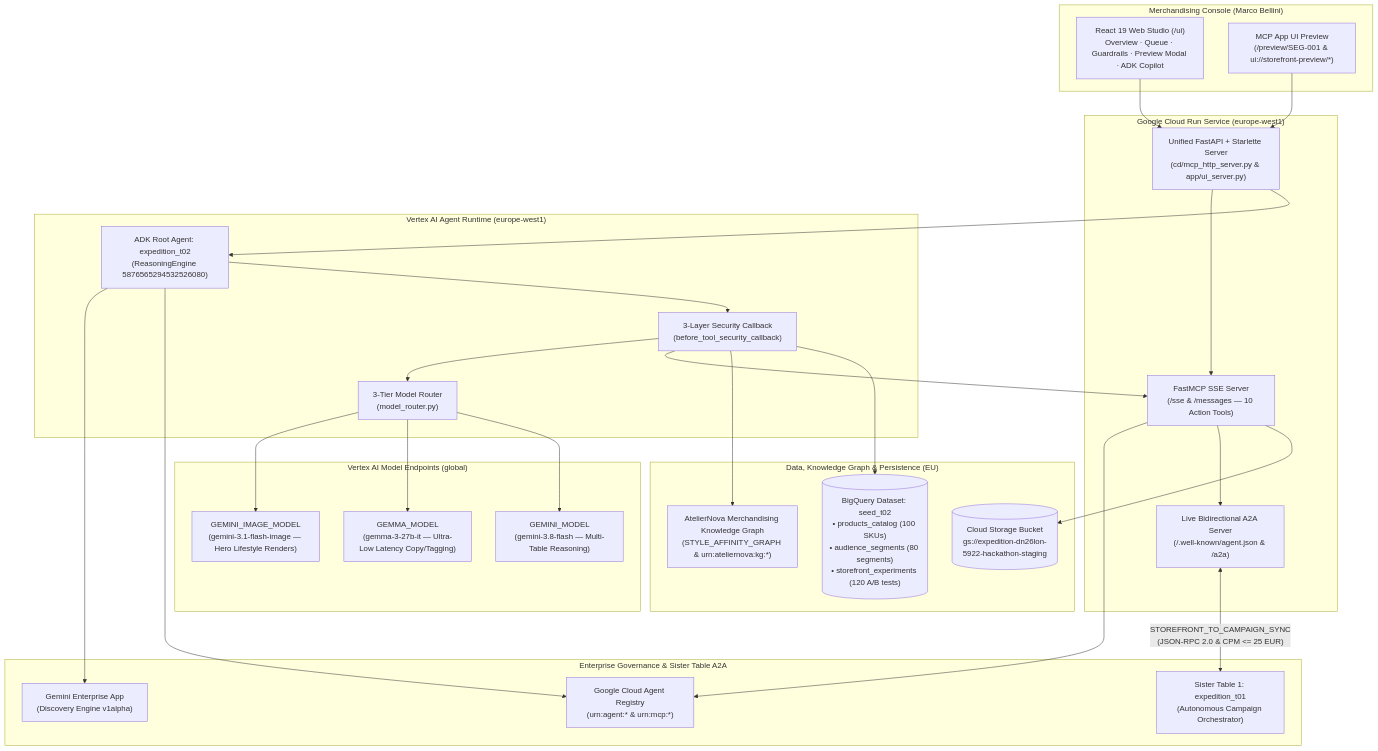
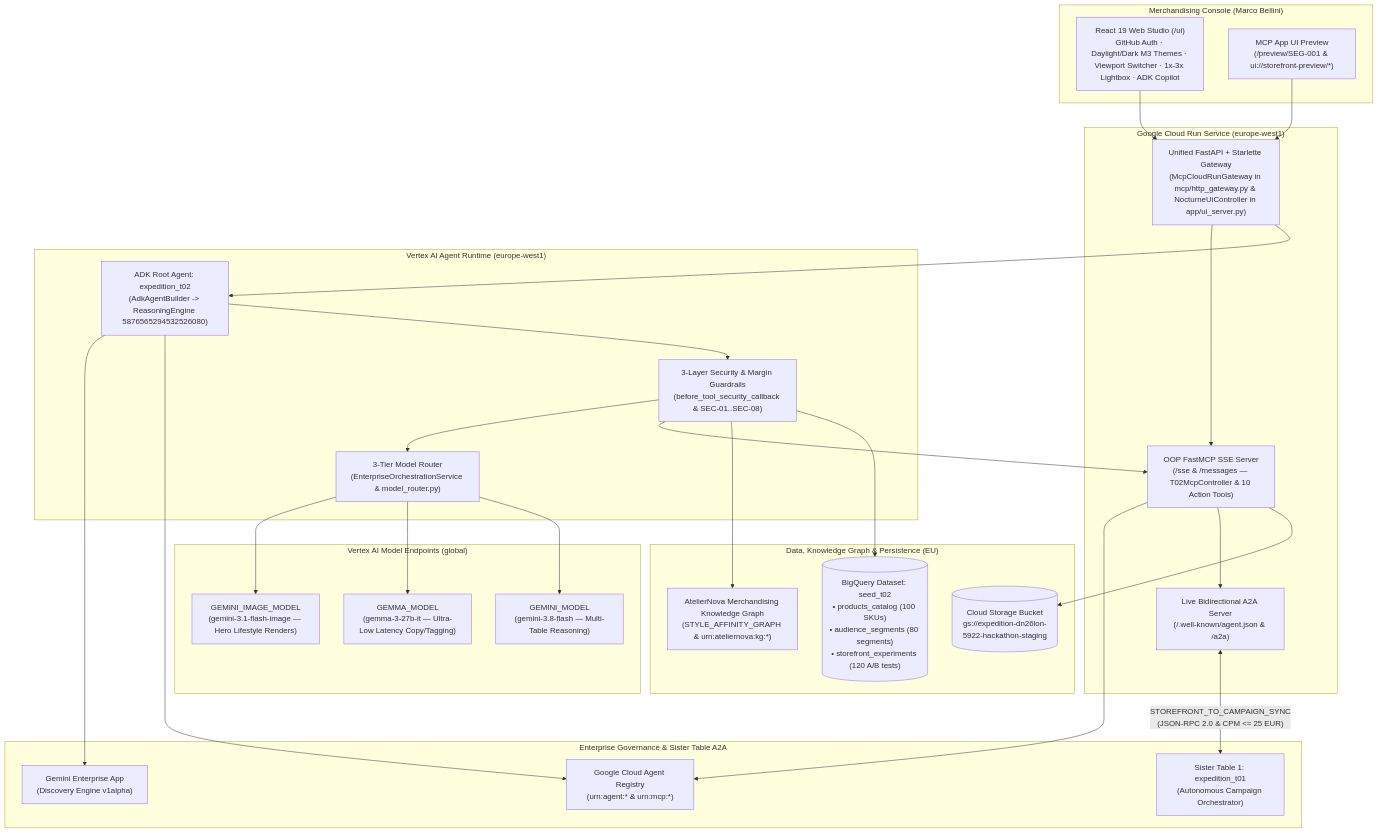
One commit to rafalitox2/ai-innovators-london-hackathon changed the first of 2 diagrams in README.md. Above: the diagram before and after it, drawn with Mermaid. The commit also changed other lines of this file and 6 other files, not shown here.

Commit message:
docs(t02): sync architecture, traceability matrix (41 PRs, 19 Issues) & test suites through PR #61

````diff
--- a/README.md
+++ b/README.md
@@ -41,56 +41,56 @@
 ```mermaid
 flowchart TB
     subgraph Client["Merchandising Console (Marco Bellini)"]
-        UI["React 19 Web Studio (/ui)<br/>Overview · Queue · Guardrails · Preview Modal · ADK Copilot"]
+        UI["React 19 Web Studio (/ui)<br/>GitHub Auth · Daylight/Dark M3 Themes · Viewport Switcher · 1x-3x Lightbox · ADK Copilot"]
         Preview["MCP App UI Preview<br/>(/preview/SEG-001 & ui://storefront-preview/*)"]
     end
 
     subgraph CloudRun["Google Cloud Run Service (europe-west1)"]
-        FastAPI["Unified FastAPI + Starlette Server<br/>(cd/mcp_http_server.py & app/ui_server.py)"]
-        FastMCP["FastMCP SSE Server<br/>(/sse & /messages — 10 Action Tools)"]
+        FastAPI["Unified FastAPI + Starlette Gateway<br/>(McpCloudRunGateway in mcp/http_gateway.py & NocturneUiController in app/ui_server.py)"]
+        FastMCP["OOP FastMCP SSE Server<br/>(/sse & /messages — T02McpController & 10 Action Tools)"]
         A2AEndpoint["Live Bidirectional A2A Server<br/>(/.well-known/agent.json & /a2a)"]
     end
 
     subgraph VertexRuntime["Vertex AI Agent Runtime (europe-west1)"]
-        RootAgent["ADK Root Agent: expedition_t02<br/>(ReasoningEngine 5876565294532526080)"]
-        GuardrailCB["3-Layer Security Callback<br/>(before_tool_security_callback)"]
-        Router["3-Tier Model Router<br/>(model_router.py)"]
+        RootAgent["ADK Root Agent: expedition_t02<br/>(AdkAgentBuilder -> ReasoningEngine 5876565294532526080)"]
+        GuardrailCB["3-Layer Security & Margin Guardrails<br/>(before_tool_security_callback & SEC-01..SEC-08)"]
+        Router["3-Tier Model Router<br/>(EnterpriseOrchestrationService & model_router.py)"]
     end
 
     subgraph Models["Vertex AI Model Endpoints (global)"]
         Gemini["GEMINI_MODEL<br/>(gemini-3.8-flash — Multi-Table Reasoning)"]
         Gemma["GEMMA_MODEL<br/>(gemma-3-27b-it — Ultra-Low Latency Copy/Tagging)"]
         GeminiImg["GEMINI_IMAGE_MODEL<br/>(gemini-3.1-flash-image — Hero Lifestyle Renders)"]
     end
 
     subgraph DataPlane["Data, Knowledge Graph & Persistence (EU)"]
         BQ[("BigQuery Dataset: seed_t02<br/>• products_catalog (100 SKUs)<br/>• audience_segments (80 segments)<br/>• storefront_experiments (120 A/B tests)")]
         KG["AtelierNova Merchandising Knowledge Graph<br/>(STYLE_AFFINITY_GRAPH & urn:ateliernova:kg:*)"]
         GCS[("Cloud Storage Bucket<br/>gs://expedition-dn26lon-5922-hackathon-staging")]
     end
 
     subgraph Ecosystem["Enterprise Governance & Sister Table A2A"]
         T01["Sister Table 1: expedition_t01<br/>(Autonomous Campaign Orchestrator)"]
         Registry["Google Cloud Agent Registry<br/>(urn:agent:* & urn:mcp:*)"]
         GemEnt["Gemini Enterprise App<br/>(Discovery Engine v1alpha)"]
     end
 
     UI --> FastAPI
     Preview --> FastAPI
     FastAPI --> RootAgent
     FastAPI --> FastMCP
     RootAgent --> GuardrailCB
     GuardrailCB --> BQ
     GuardrailCB --> KG
     GuardrailCB --> FastMCP
     GuardrailCB --> Router
     Router --> Gemini
     Router --> Gemma
     Router --> GeminiImg
     FastMCP --> GCS
     FastMCP --> A2AEndpoint
     A2AEndpoint <-->|"STOREFRONT_TO_CAMPAIGN_SYNC<br/>(JSON-RPC 2.0 & CPM <= 25 EUR)"| T01
     RootAgent --> Registry
     FastMCP --> Registry
     RootAgent --> GemEnt
 ```
````
